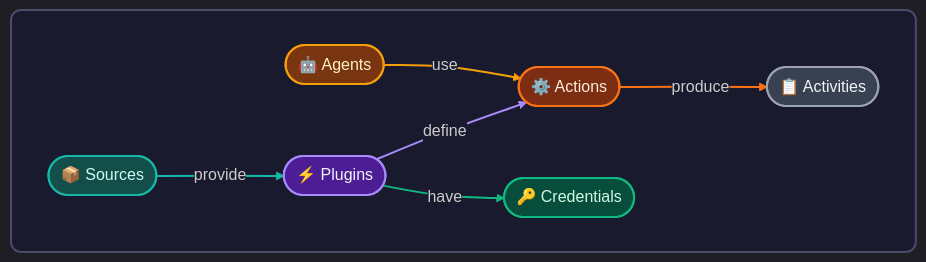
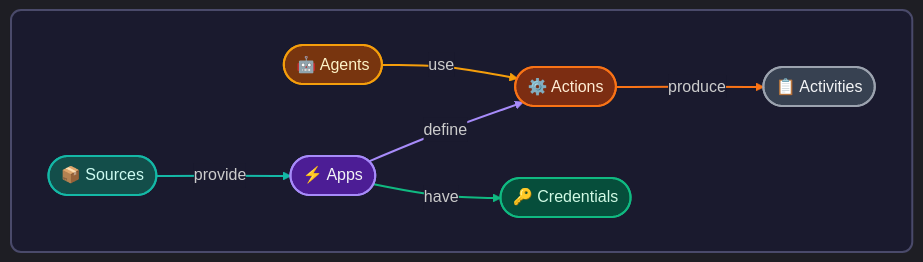
Before and after one commit to agentos-to/skills: the first of 2 diagrams in README.md, drawn with Mermaid. The commit also changed other lines of this file and 14 other files, not shown here.

````diff
--- a/README.md
+++ b/README.md
@@ -9,26 +9,26 @@
 ```mermaid
 %%{init: {'theme': 'dark', 'themeVariables': { 'fontSize': '16px', 'fontFamily': 'ui-monospace, monospace', 'lineColor': '#6b7280', 'primaryTextColor': '#f3f4f6', 'edgeLabelBackground': '#1a1a2e' }}}%%
 flowchart LR
     subgraph Container[" "]
         direction LR
-        Sources(["📦 Sources"]) -->|provide| Plugins(["⚡ Plugins"])
+        Sources(["📦 Sources"]) -->|provide| Apps(["⚡ Apps"])
         Agents(["🤖 Agents"]) -->|use| Actions(["⚙️ Actions"])
-        Plugins -->|define| Actions
+        Apps -->|define| Actions
         Actions -->|produce| Activities(["📋 Activities"])
-        Plugins -->|have| Credentials(["🔑 Credentials"])
+        Apps -->|have| Credentials(["🔑 Credentials"])
     end
     
     style Container fill:#1a1a2e,stroke:#4a4a6a,stroke-width:2px,rx:10,ry:10
     style Sources fill:#134e4a,stroke:#14b8a6,stroke-width:2px,color:#ccfbf1
-    style Plugins fill:#4c1d95,stroke:#a78bfa,stroke-width:2px,color:#f3f4f6
+    style Apps fill:#4c1d95,stroke:#a78bfa,stroke-width:2px,color:#f3f4f6
     style Agents fill:#78350f,stroke:#f59e0b,stroke-width:2px,color:#fef3c7
     style Actions fill:#7c2d12,stroke:#f97316,stroke-width:2px,color:#ffedd5
     style Activities fill:#374151,stroke:#9ca3af,stroke-width:2px,color:#f3f4f6
     style Credentials fill:#064e3b,stroke:#10b981,stroke-width:2px,color:#d1fae5
     
     linkStyle 0 stroke:#14b8a6,stroke-width:2px
     linkStyle 1 stroke:#f59e0b,stroke-width:2px
     linkStyle 2 stroke:#a78bfa,stroke-width:2px
     linkStyle 3 stroke:#f97316,stroke-width:2px
     linkStyle 4 stroke:#10b981,stroke-width:2px
 ```
````
